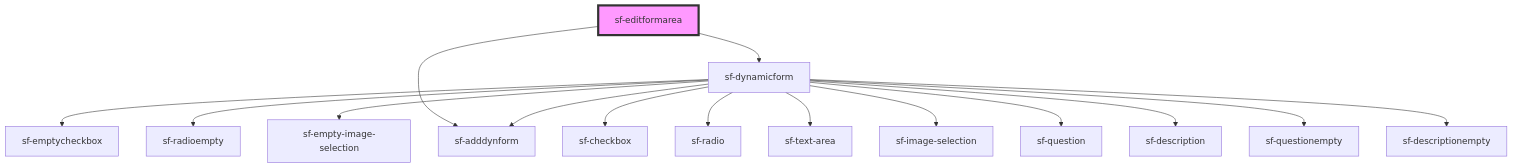
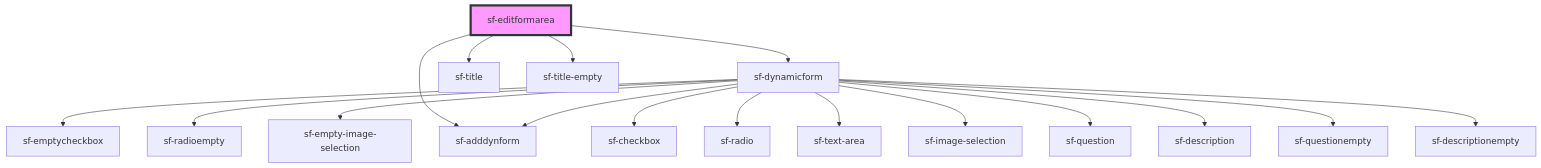
Before and after one commit to pxcemaker/SmartForms: the diagram in fusion-opl/stencil-smartform-on-main/src/components/sf-editformarea/readme.md, drawn with Mermaid. The commit also changed other lines of this file and 10 other files, not shown here.

````diff
--- a/fusion-opl/stencil-smartform-on-main/src/components/sf-editformarea/readme.md
+++ b/fusion-opl/stencil-smartform-on-main/src/components/sf-editformarea/readme.md
@@ -36,18 +39,20 @@
 ```mermaid
 graph TD;
   sf-editformarea --> sf-dynamicform
+  sf-editformarea --> sf-title
+  sf-editformarea --> sf-title-empty
   sf-editformarea --> sf-adddynform
   sf-dynamicform --> sf-emptycheckbox
   sf-dynamicform --> sf-radioempty
   sf-dynamicform --> sf-empty-image-selection
   sf-dynamicform --> sf-adddynform
   sf-dynamicform --> sf-checkbox
   sf-dynamicform --> sf-radio
   sf-dynamicform --> sf-text-area
   sf-dynamicform --> sf-image-selection
   sf-dynamicform --> sf-question
   sf-dynamicform --> sf-description
   sf-dynamicform --> sf-questionempty
   sf-dynamicform --> sf-descriptionempty
   style sf-editformarea fill:#f9f,stroke:#333,stroke-width:4px
 ```
````
